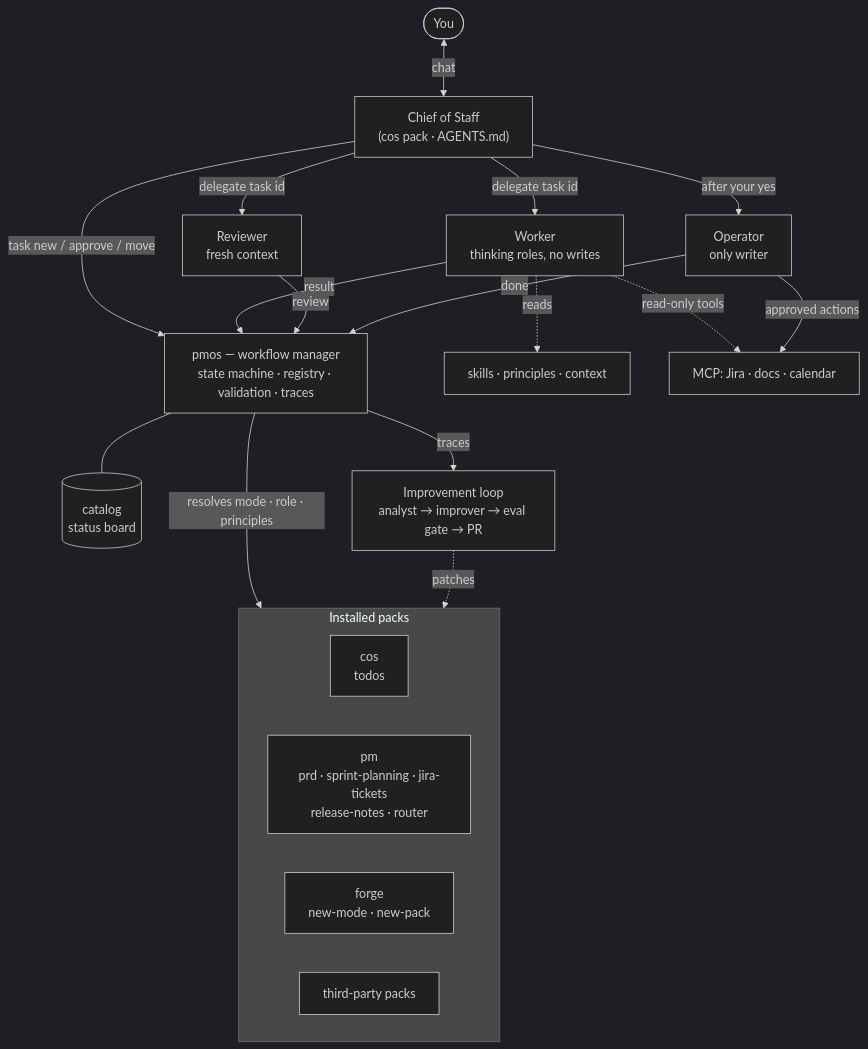
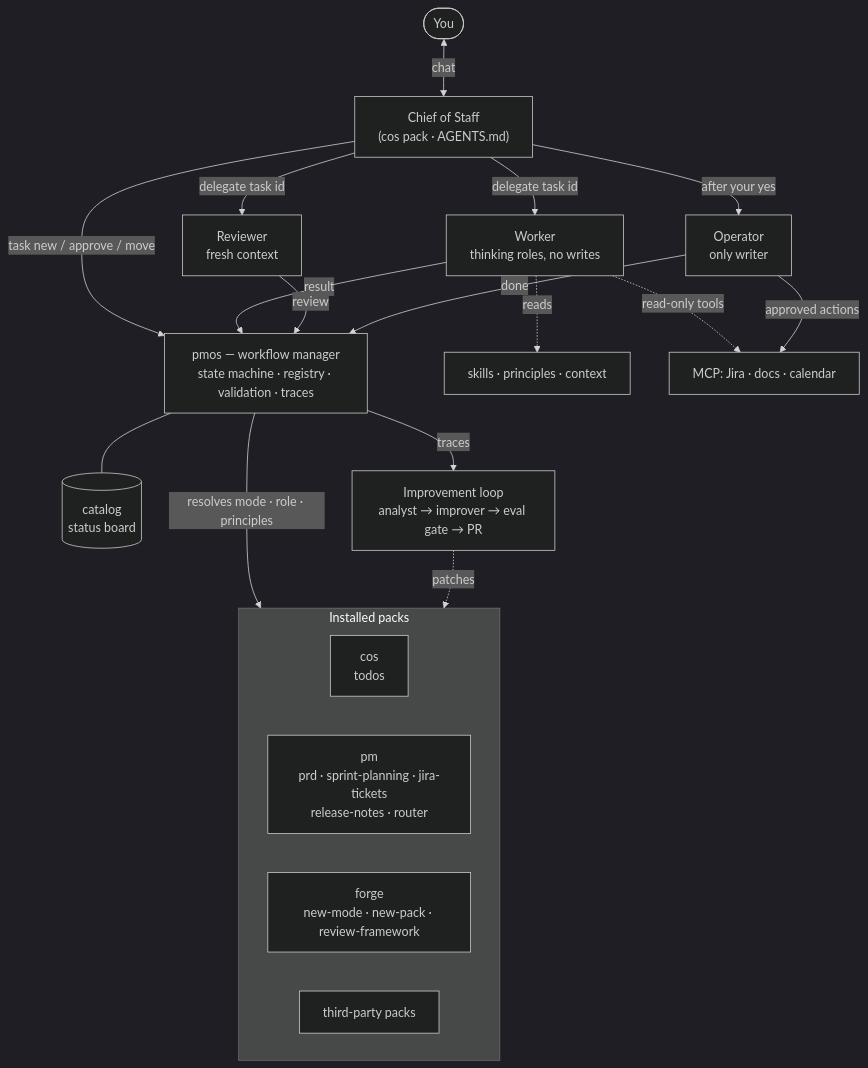
The first of 2 diagrams in docs/architecture.md (dgeorgiev06/pm-os), drawn with Mermaid (dark theme) before and after one commit. The commit also changed 173 other files, not shown here.

First line of the commit message:
Framework evals: conformance cases per review and forge/review-framework

````diff
--- a/docs/architecture.md
+++ b/docs/architecture.md
@@ -13,25 +13,25 @@
 ```mermaid
 flowchart TB
   PM([You]) <-->|chat| COS["Chief of Staff<br/>(cos pack · AGENTS.md)"]
   COS -->|task new / approve / move| PMOS["pmos — workflow manager<br/>state machine · registry · validation · traces"]
   PMOS --- CAT[(catalog<br/>status board)]
   COS -->|delegate task id| W[Worker<br/>thinking roles, no writes]
   COS -->|delegate task id| R[Reviewer<br/>fresh context]
   COS -->|after your yes| O[Operator<br/>only writer]
   W -->|result| PMOS
   R -->|review| PMOS
   O -->|done| PMOS
   subgraph PACKS[Installed packs]
     direction LR
     COSP["cos<br/>todos"]
     PMP["pm<br/>prd · sprint-planning · jira-tickets<br/>release-notes · router"]
-    FORGE["forge<br/>new-mode · new-pack"]
+    FORGE["forge<br/>new-mode · new-pack · review-framework"]
     OTHER["third-party packs"]
   end
   PMOS -->|resolves mode · role · principles| PACKS
   W -. reads .-> SH["skills · principles · context"]
   W -. read-only tools .-> MCP["MCP: Jira · docs · calendar"]
   O -->|approved actions| MCP
   PMOS -->|traces| LOOP["Improvement loop<br/>analyst → improver → eval gate → PR"]
   LOOP -. patches .-> PACKS
 ```
````
